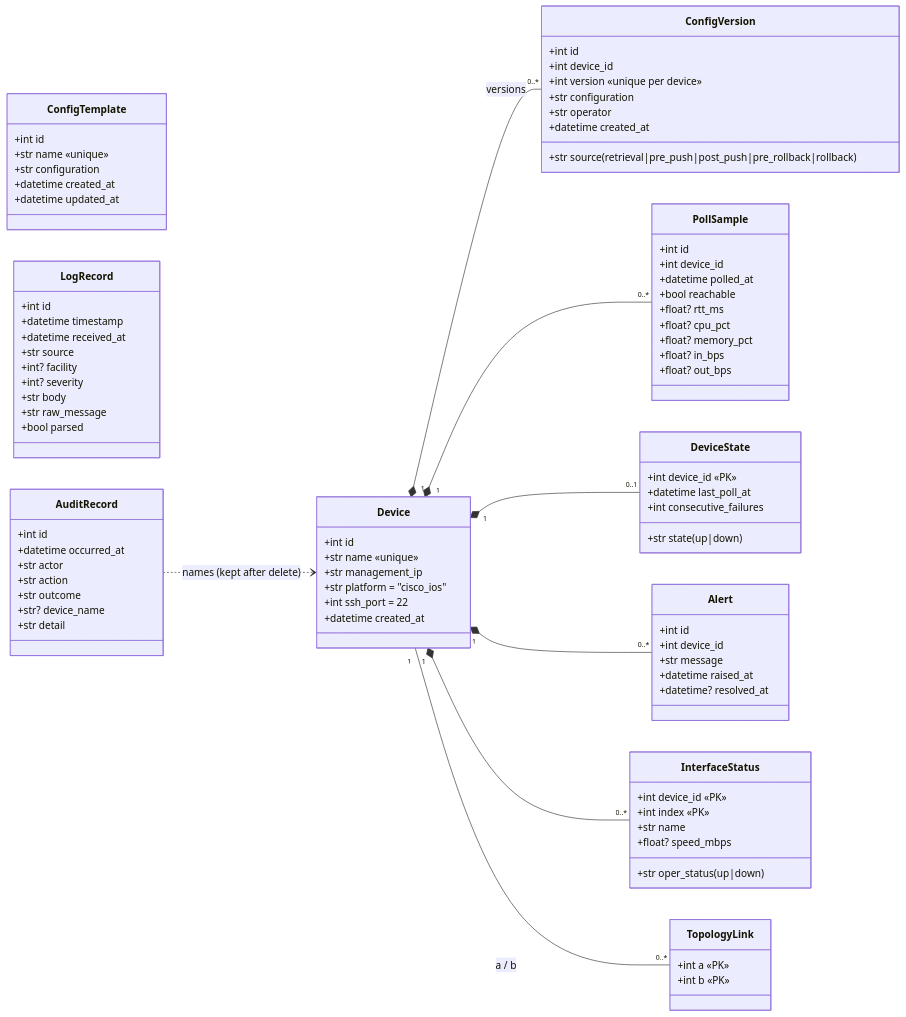
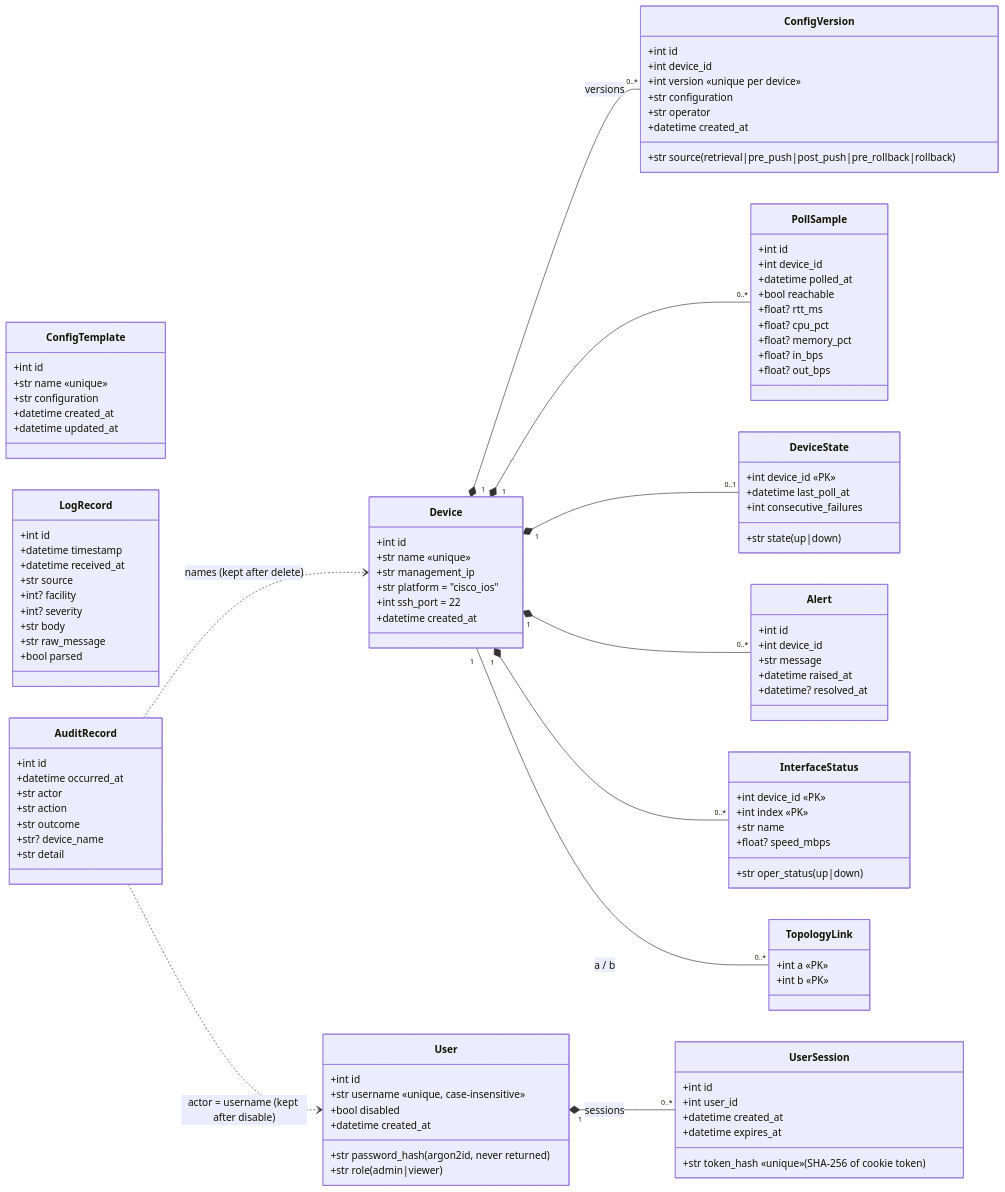
The first of 2 diagrams in docs/design/class-diagram.md (SeidaSecurity/CS-4398F26), drawn with Mermaid before and after one commit. The commit also changed other lines of this file and 3 other files, not shown here.

````diff
--- a/docs/design/class-diagram.md
+++ b/docs/design/class-diagram.md
@@ -95,4 +95,22 @@
     Device "1" *-- "0..*" InterfaceStatus
     Device "1" -- "0..*" TopologyLink : a / b
     AuditRecord ..> Device : names (kept after delete)
+
+    class User {
+        +int id
+        +str username «unique, case-insensitive»
+        +str password_hash  (argon2id, never returned)
+        +str role (admin|viewer)
+        +bool disabled
+        +datetime created_at
+    }
+    class UserSession {
+        +int id
+        +str token_hash «unique»  (SHA-256 of cookie token)
+        +int user_id
+        +datetime created_at
+        +datetime expires_at
+    }
+    User "1" *-- "0..*" UserSession : sessions
+    AuditRecord ..> User : actor = username (kept after disable)
 ```
````
